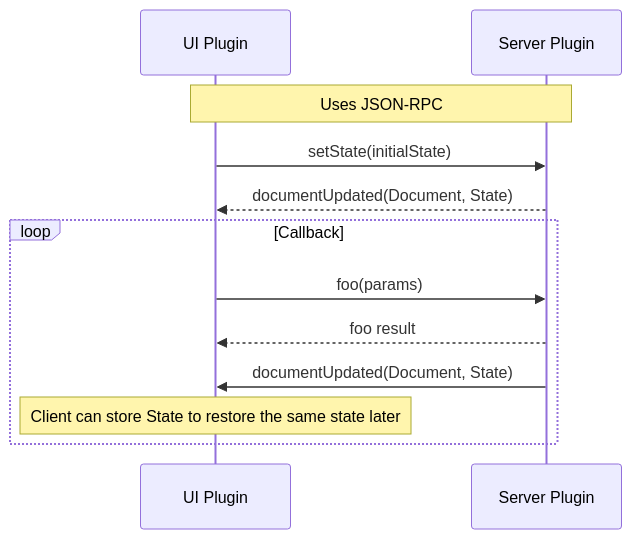
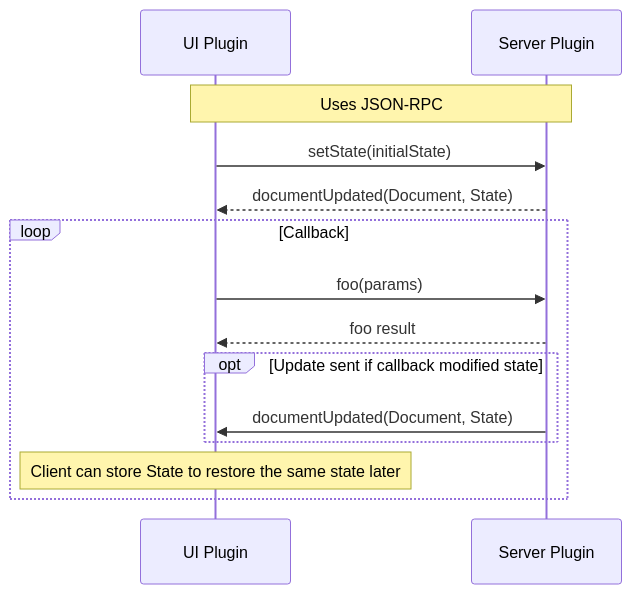
Before and after one commit to deephaven/deephaven-plugins: the second of 2 diagrams in plugins/ui/docs/architecture.md, drawn with Mermaid. The commit also changed other lines of this file, not shown here.

````diff
--- a/plugins/ui/docs/architecture.md
+++ b/plugins/ui/docs/architecture.md
@@ -113,16 +117,18 @@
 ```mermaid
 sequenceDiagram
   participant UIP as UI Plugin
   participant SP as Server Plugin
 
     Note over UIP, SP: Uses JSON-RPC
   UIP->>SP: setState(initialState)
   SP-->>UIP: documentUpdated(Document, State)
 
   loop Callback
     UIP->>SP: foo(params)
     SP-->>UIP: foo result
+    opt Update sent if callback modified state
     SP->>UIP: documentUpdated(Document, State)
+    end
       Note over UIP: Client can store State to restore the same state later
   end
 ```
````
